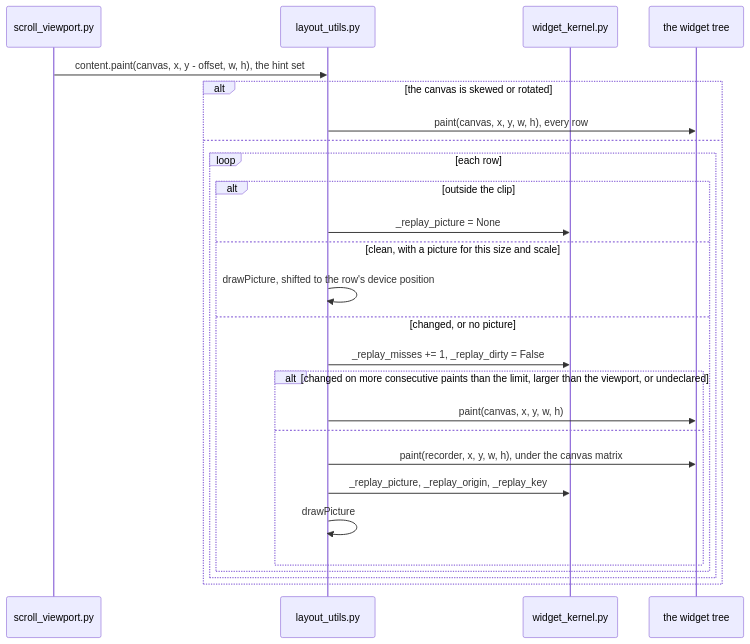
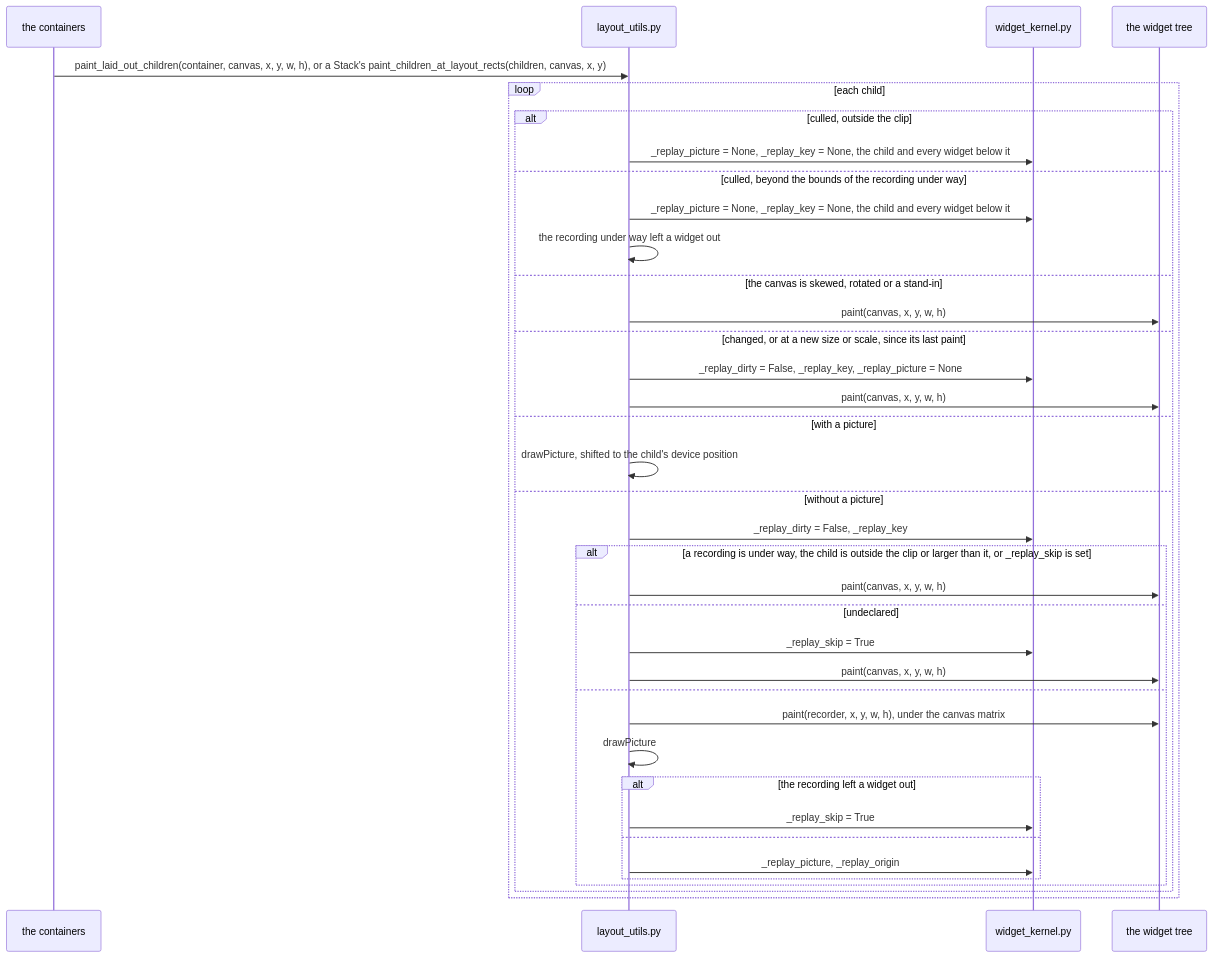
The sixth of 6 diagrams in docs/design/PAINT_CACHE.md (yuksblog/nuiitivet), drawn with Mermaid before and after one commit. The commit also changed other lines of this file and 17 other files, not shown here.

````diff
--- a/docs/design/PAINT_CACHE.md
+++ b/docs/design/PAINT_CACHE.md
@@ -185,29 +186,40 @@
 ```mermaid
 sequenceDiagram
-    participant V as scroll_viewport.py
+    participant C as the containers
     participant U as layout_utils.py
     participant K as widget_kernel.py
     participant T as the widget tree
 
-    V->>U: content.paint(canvas, x, y - offset, w, h), the hint set
-    alt the canvas is skewed or rotated
-        U->>T: paint(canvas, x, y, w, h), every row
-    else
-        loop each row
-            alt outside the clip
-                U->>K: _replay_picture = None
-            else clean, with a picture for this size and scale
-                U->>U: drawPicture, shifted to the row's device position
-            else changed, or no picture
-                U->>K: _replay_misses += 1, _replay_dirty = False
-                alt changed on more consecutive paints than the limit, larger than the viewport, or undeclared
-                    U->>T: paint(canvas, x, y, w, h)
+    C->>U: paint_laid_out_children(container, canvas, x, y, w, h), or a Stack's paint_children_at_layout_rects(children, canvas, x, y)
+    loop each child
+        alt culled, outside the clip
+            U->>K: _replay_picture = None, _replay_key = None, the child and every widget below it
+        else culled, beyond the bounds of the recording under way
+            U->>K: _replay_picture = None, _replay_key = None, the child and every widget below it
+            U->>U: the recording under way left a widget out
+        else the canvas is skewed, rotated or a stand-in
+            U->>T: paint(canvas, x, y, w, h)
+        else changed, or at a new size or scale, since its last paint
+            U->>K: _replay_dirty = False, _replay_key, _replay_picture = None
+            U->>T: paint(canvas, x, y, w, h)
+        else with a picture
+            U->>U: drawPicture, shifted to the child's device position
+        else without a picture
+            U->>K: _replay_dirty = False, _replay_key
+            alt a recording is under way, the child is outside the clip or larger than it, or _replay_skip is set
+                U->>T: paint(canvas, x, y, w, h)
+            else undeclared
+                U->>K: _replay_skip = True
+                U->>T: paint(canvas, x, y, w, h)
+            else
+                U->>T: paint(recorder, x, y, w, h), under the canvas matrix
+                U->>U: drawPicture
+                alt the recording left a widget out
+                    U->>K: _replay_skip = True
                 else
-                    U->>T: paint(recorder, x, y, w, h), under the canvas matrix
-                    U->>K: _replay_picture, _replay_origin, _replay_key
-                    U->>U: drawPicture
+                    U->>K: _replay_picture, _replay_origin
                 end
             end
         end
     end
 ```
````
